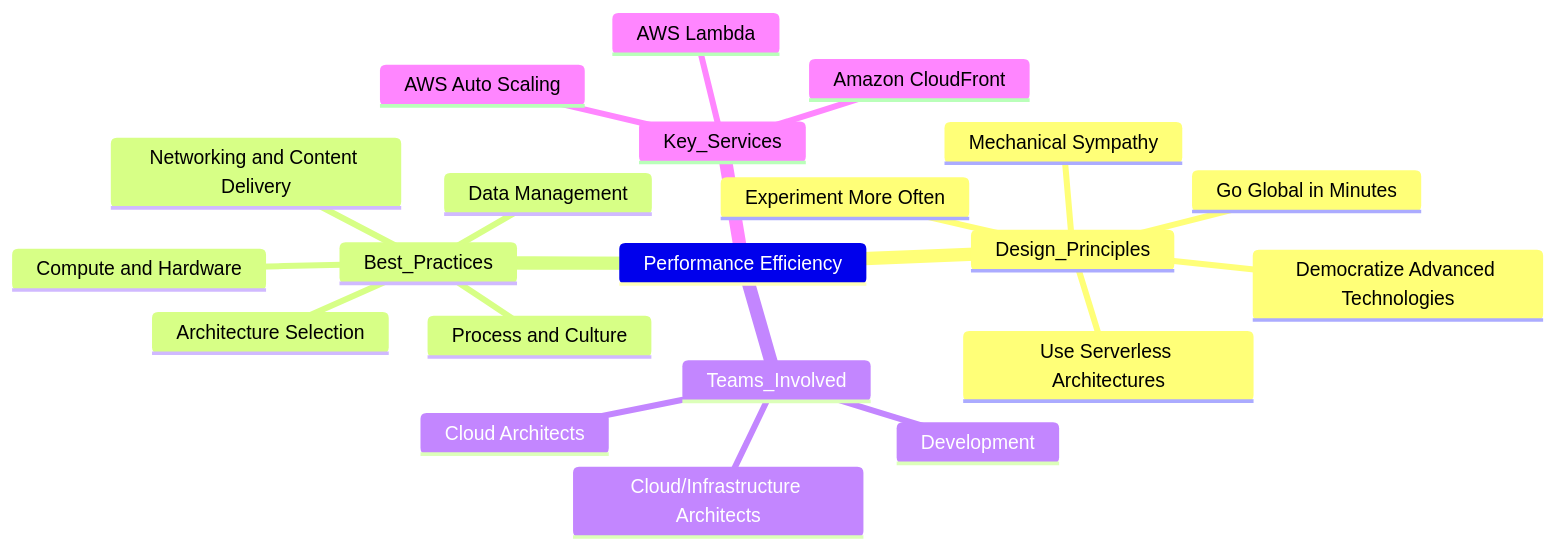
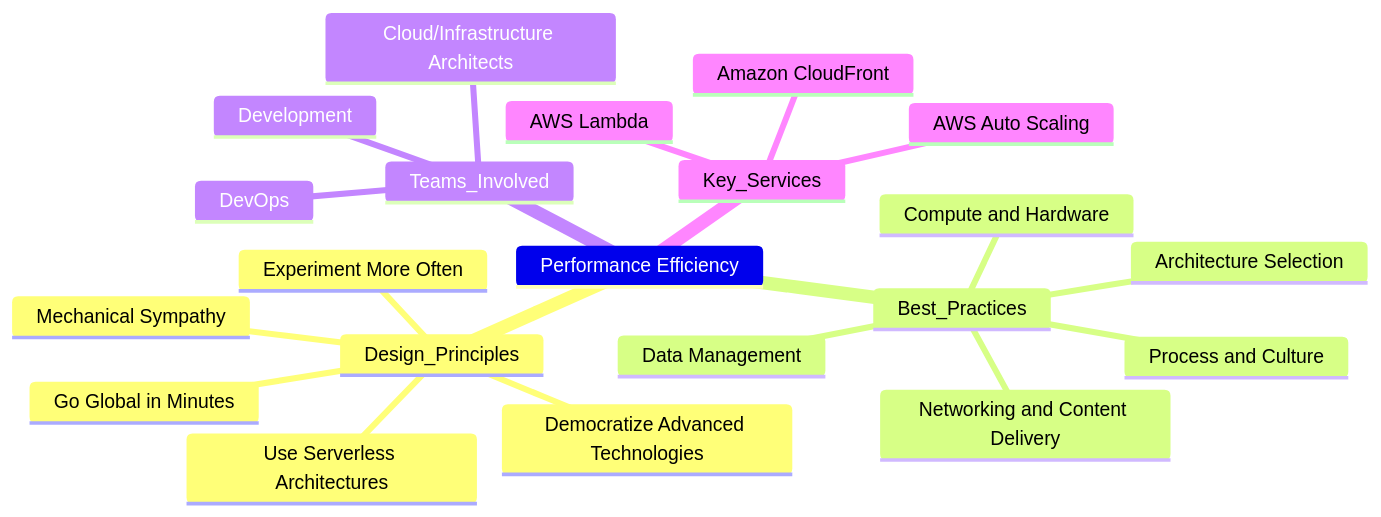
Before and after one commit to alazaroc/blog-web-code: the fourth of 6 diagrams in _posts/en/2024-10-12-the-six-pillars-of-aws-well-architected-framework-best-practices-for-cloud-success.md, drawn with Mermaid. The commit also changed other lines of this file and 17 other files, not shown here.

Commit message:
feat: AWS Well-Architected Framework series - new 5 spanish articles and updated all the english ones

````diff
--- a/_posts/en/2024-10-12-the-six-pillars-of-aws-well-architected-framework-best-practices-for-cloud-success.md
+++ b/_posts/en/2024-10-12-the-six-pillars-of-aws-well-architected-framework-best-practices-for-cloud-success.md
@@ -318,24 +310,24 @@
 ```mermaid
 mindmap
   Performance Efficiency
     Design_Principles
       Democratize Advanced Technologies
       Go Global in Minutes
       Use Serverless Architectures
       Experiment More Often
       Mechanical Sympathy
     Best_Practices
       Architecture Selection
       Compute and Hardware
       Data Management
       Networking and Content Delivery
       Process and Culture
     Teams_Involved
       Development
+      DevOps
       Cloud/Infrastructure Architects
-      Cloud Architects
     Key_Services
       AWS Auto Scaling
       AWS Lambda
       Amazon CloudFront
 ```
````
